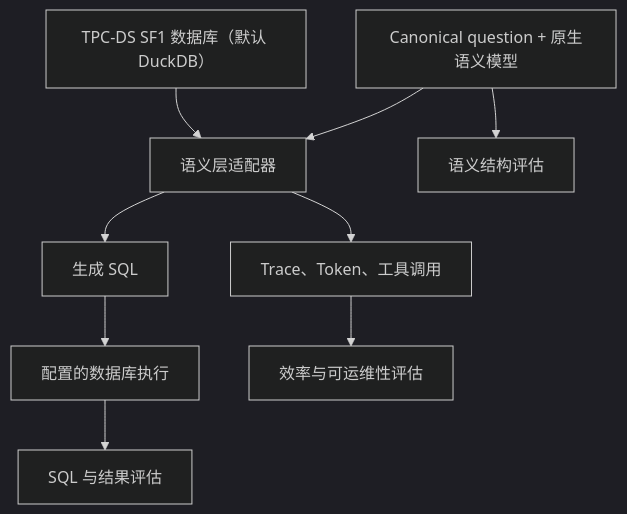
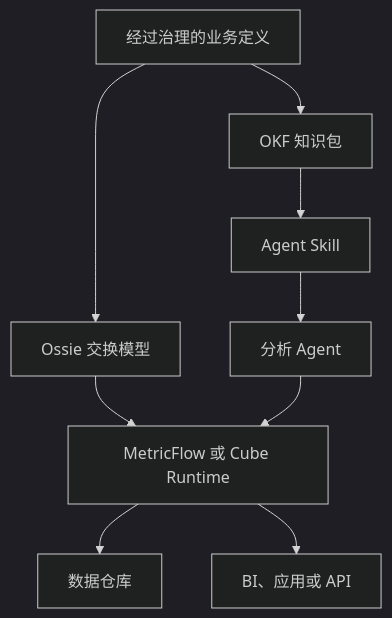
The second of 2 diagrams in README.zh-CN.md (Jmmt-mingrui/semantic-layer-benchmark), drawn with Mermaid (dark theme) before and after one commit. The commit also changed other lines of this file, not shown here.

Commit message:
docs: add Chinese benchmark architecture guide

````diff
--- a/README.zh-CN.md
+++ b/README.zh-CN.md
@@ -47,11 +258,11 @@
 ```mermaid
-flowchart TD
-    A["TPC-DS SF1 数据库（默认 DuckDB）"] --> C["语义层适配器"]
-    B["Canonical question + 原生语义模型"] --> C
-    C --> D["生成 SQL"]
-    D --> E["配置的数据库执行"]
-    E --> F["SQL 与结果评估"]
-    C --> G["Trace、Token、工具调用"]
-    G --> H["效率与可运维性评估"]
-    B --> I["语义结构评估"]
+flowchart TB
+    G["经过治理的业务定义"] --> X["Ossie 交换模型"]
+    G --> K["OKF 知识包"]
+    K --> S["Agent Skill"]
+    S --> A["分析 Agent"]
+    X --> E["MetricFlow 或 Cube Runtime"]
+    A --> E
+    E --> W["数据仓库"]
+    E --> U["BI、应用或 API"]
 ```
````
